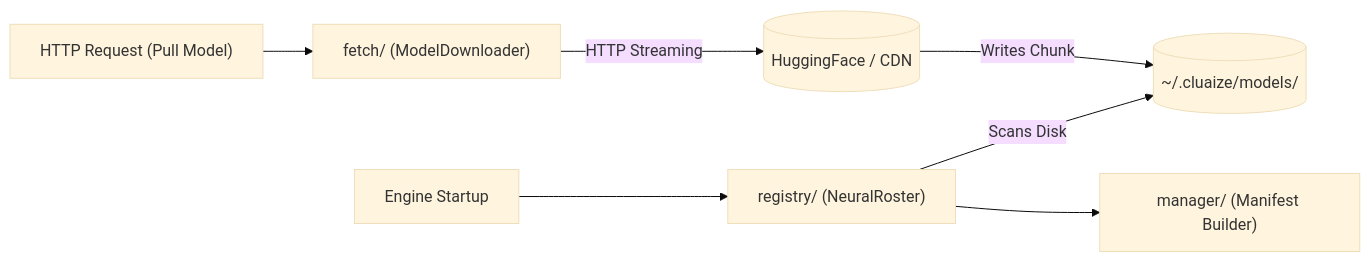
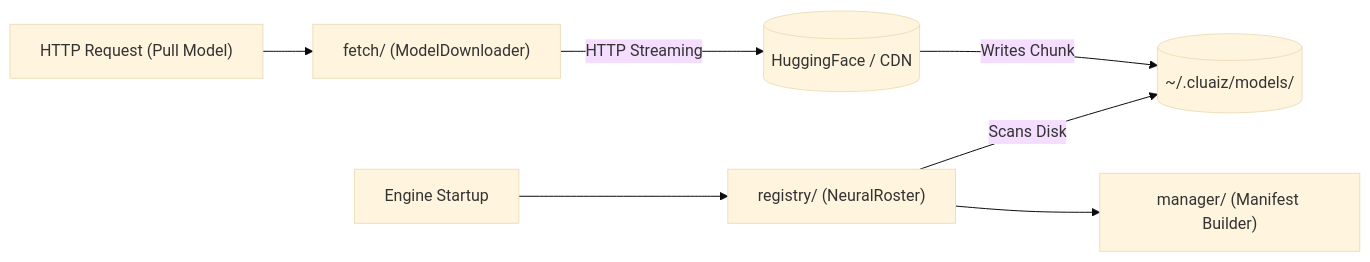
The diagram in Inference-engine/engines/src/models/README.md (ayan-kushwaha/Cluaiz-), drawn with Mermaid (base theme) before and after one commit. The commit also changed other lines of this file and 441 other files, not shown here.

Commit message:
Refactor core orchestrator architecture and migrate FFI bindings to plugin system

````diff
--- a/Inference-engine/engines/src/models/README.md
+++ b/Inference-engine/engines/src/models/README.md
@@ -13,10 +13,10 @@
 ```mermaid
 graph LR
     API["HTTP Request (Pull Model)"] --> Fetch["fetch/ (ModelDownloader)"]
     Fetch -->|"HTTP Streaming"| HuggingFace[("HuggingFace / CDN")]
-    HuggingFace -->|"Writes Chunk"| Disk[("~/.cluaize/models/")]
+    HuggingFace -->|"Writes Chunk"| Disk[("~/.cluaiz/models/")]
     
     Boot["Engine Startup"] --> Registry["registry/ (NeuralRoster)"]
     Registry -->|"Scans Disk"| Disk
     Registry --> Manager["manager/ (Manifest Builder)"]
 ```
````
